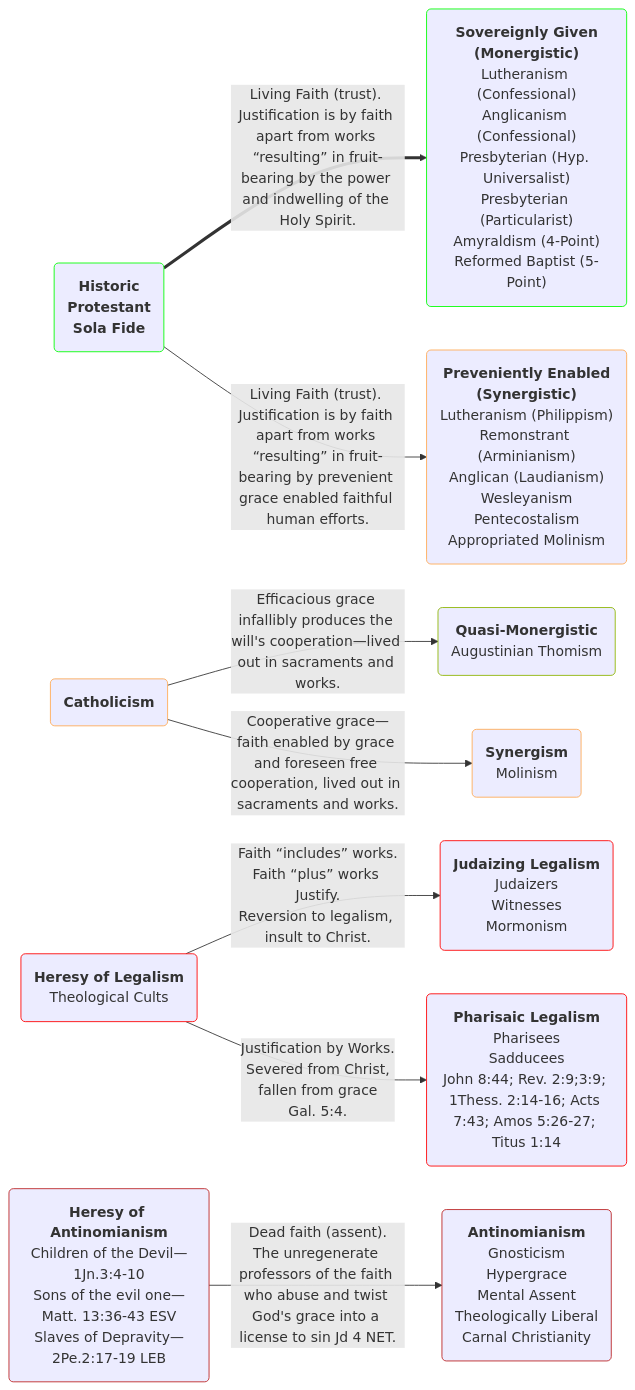
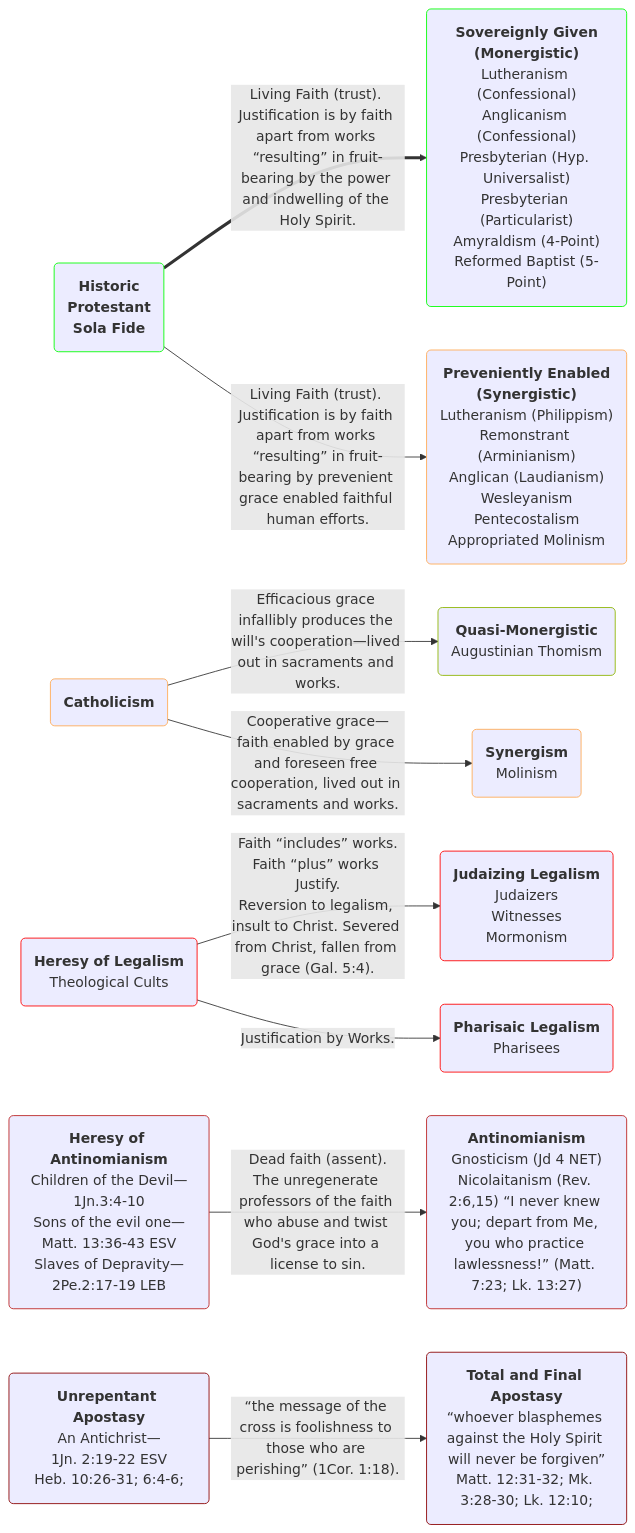
Before and after one commit to OrdoLuminis/ordoluminis.github.io: the first of 3 diagrams in _posts/2025-08-03-historic-protestant-position.markdown, drawn with Mermaid. The commit also changed other lines of this file, not shown here.

Commit message:
main chart

````diff
--- a/_posts/2025-08-03-historic-protestant-position.markdown
+++ b/_posts/2025-08-03-historic-protestant-position.markdown
@@ -55,21 +55,23 @@
 ```mermaid
 flowchart LR
     A(<strong>Historic<br>Protestant<br>Sola Fide</strong>):::green
     B(<strong>Catholicism</strong>):::orange
     C(<strong>Heresy of Legalism</strong><br>Theological Cults):::red
     D(<strong>Heresy of Antinomianism</strong><br>Children of the Devil&mdash;1Jn.3:4-10<br>Sons of the evil one&mdash;Matt. 13:36-43 ESV<br>Slaves of Depravity&mdash;2Pe.2:17-19 LEB):::firebrick
+    F(<strong>Unrepentant Apostasy</strong><br>An Antichrist&mdash;<br>1Jn. 2:19-22 ESV<br>Heb. 10:26-31; 6:4-6;):::darkred
     A ==>|Living Faith &lpar;trust&rpar;. Justification is by faith apart from works &ldquo;resulting&rdquo; in fruit-bearing by the power and indwelling of the Holy Spirit.| G(<strong>Sovereignly Given<br>&lpar;Monergistic&rpar;</strong><br>Lutheranism &lpar;Confessional&rpar;<br>Anglicanism &lpar;Confessional&rpar;<br>Presbyterian &lpar;Hyp. Universalist&rpar;<br>Presbyterian &lpar;Particularist&rpar;<br>Amyraldism &lpar;4-Point&rpar;<br>Reformed Baptist &lpar;5-Point&rpar;):::green
     A -->|Living Faith &lpar;trust&rpar;. Justification is by faith apart from works &ldquo;resulting&rdquo; in fruit-bearing by prevenient grace enabled faithful human efforts.| H(<strong>Preveniently Enabled<br>&lpar;Synergistic&rpar;</strong><br>Lutheranism &lpar;Philippism&rpar;<br>Remonstrant &lpar;Arminianism&rpar;<br>Anglican &lpar;Laudianism&rpar;<br>Wesleyanism<br>Pentecostalism<br>Appropriated Molinism):::orange
-    B -->|Efficacious grace infallibly produces the will's cooperation&mdash;lived out in sacraments and works.| N(<strong>Quasi-Monergistic</strong><br>Augustinian Thomism):::yellowgreen
-    B -->|Cooperative grace&mdash;faith enabled by grace and foreseen free cooperation, lived out in sacraments and works.| I(<strong>Synergism</strong><br>Molinism):::orange
-    C -->|Faith &ldquo;includes&rdquo; works.<br>Faith &ldquo;plus&rdquo; works Justify.<br>Reversion to legalism, insult to Christ.| J(<strong>Judaizing Legalism</strong><br>Judaizers<br>Witnesses<br>Mormonism):::red
-    C -->|Justification by Works.<br>Severed from Christ,<br>fallen from grace<br>Gal. 5:4.| K(<strong>Pharisaic Legalism</strong><br>Pharisees<br>Sadducees<br>John 8:44; Rev. 2:9;3:9; 1Thess. 2:14-16; Acts 7:43; Amos 5:26-27; Titus 1:14):::red
-    D -->|Dead faith &lpar;assent&rpar;.<br>The unregenerate professors of the faith who abuse and twist God's grace into a license to sin Jd 4 NET.| L(<strong>Antinomianism</strong><br>Gnosticism<br>Hypergrace<br>Mental Assent<br>Theologically Liberal<br>Carnal Christianity):::firebrick
+    B -->|Efficacious grace infallibly produces the will's cooperation&mdash;lived out in sacraments and works.| I(<strong>Quasi-Monergistic</strong><br>Augustinian Thomism):::yellowgreen
+    B -->|Cooperative grace&mdash;faith enabled by grace and foreseen free cooperation, lived out in sacraments and works.| J(<strong>Synergism</strong><br>Molinism):::orange
+    C -->|Faith &ldquo;includes&rdquo; works.<br>Faith &ldquo;plus&rdquo; works Justify.<br>Reversion to legalism, insult to Christ. Severed from Christ, fallen from grace &lpar;Gal. 5:4&rpar;.| K(<strong>Judaizing Legalism</strong><br>Judaizers<br>Witnesses<br>Mormonism):::red
+    C -->|Justification by Works.| L(<strong>Pharisaic Legalism</strong><br>Pharisees<br>):::red
+    D -->|Dead faith &lpar;assent&rpar;.<br>The unregenerate professors of the faith who abuse and twist God's grace into a license to sin.| M(<strong>Antinomianism</strong><br>Gnosticism &lpar;Jd 4 NET&rpar;<br>Nicolaitanism &lpar;Rev. 2:6,15&rpar; &ldquo;I never knew you; depart from Me, you who practice lawlessness!&rdquo; &lpar;Matt. 7:23; Lk. 13:27&rpar;):::firebrick
+    F -->|&ldquo;the message of the cross is foolishness to those who are perishing&rdquo; &lpar;1Cor. 1:18&rpar;.| N(<strong>Total and Final Apostasy</strong><br>&ldquo;whoever blasphemes against the Holy Spirit will never be forgiven&rdquo;<br>Matt. 12:31-32; Mk. 3:28-30; Lk. 12:10;):::darkred
     classDef red stroke:#f00
     classDef green stroke:#0f0
     classDef yellowgreen stroke:#8db600
     classDef orange stroke:#fa5
     classDef firebrick stroke:#b22
     classDef darkred stroke:#8B0000
     classDef darkerred stroke:#701705
 ```
````
